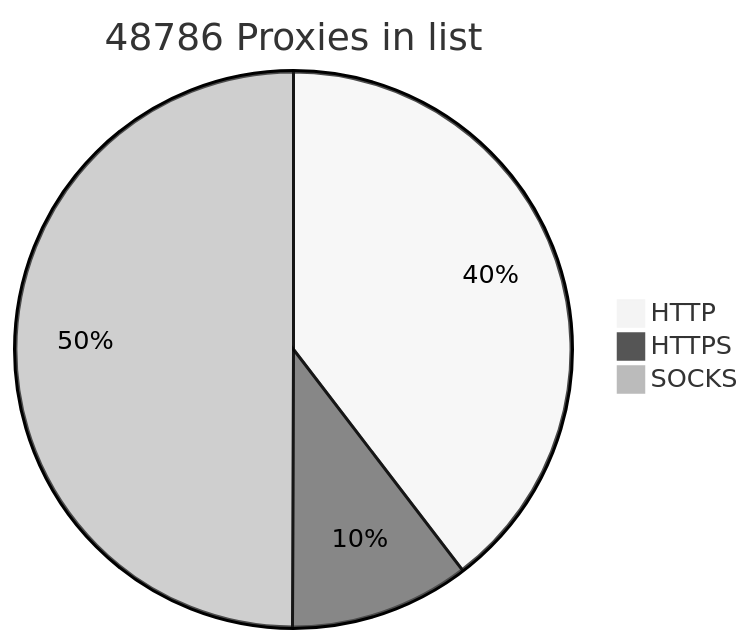
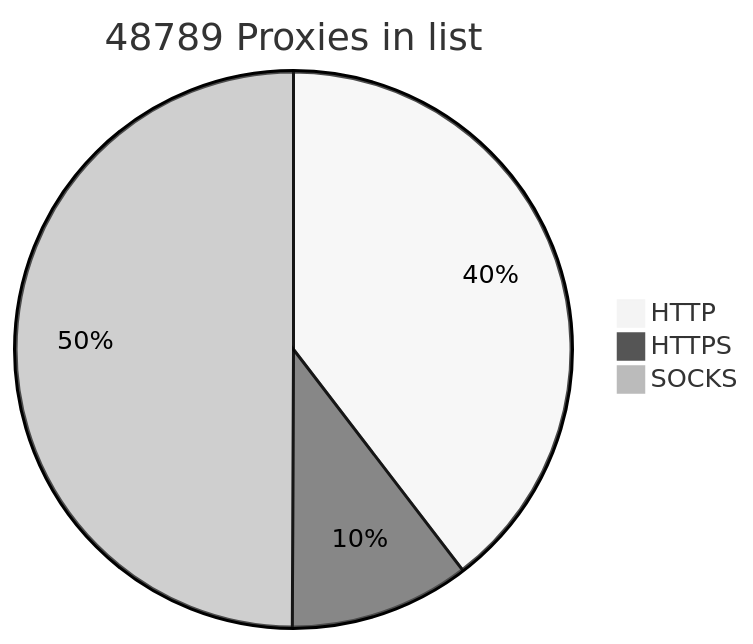
The diagram in README.md (BlackSnowDot/proxylist-update-every-minute), drawn with Mermaid (neutral theme) before and after one commit.

````diff
--- a/README.md
+++ b/README.md
@@ -2,6 +2,6 @@
 ```mermaid
-pie title 48786 Proxies in list
-    "HTTP" : 21281
-    "HTTPS": 5622
+pie title 48789 Proxies in list
+    "HTTP" : 21282
+    "HTTPS": 5632
     "SOCKS" : 26841
 ```
````
